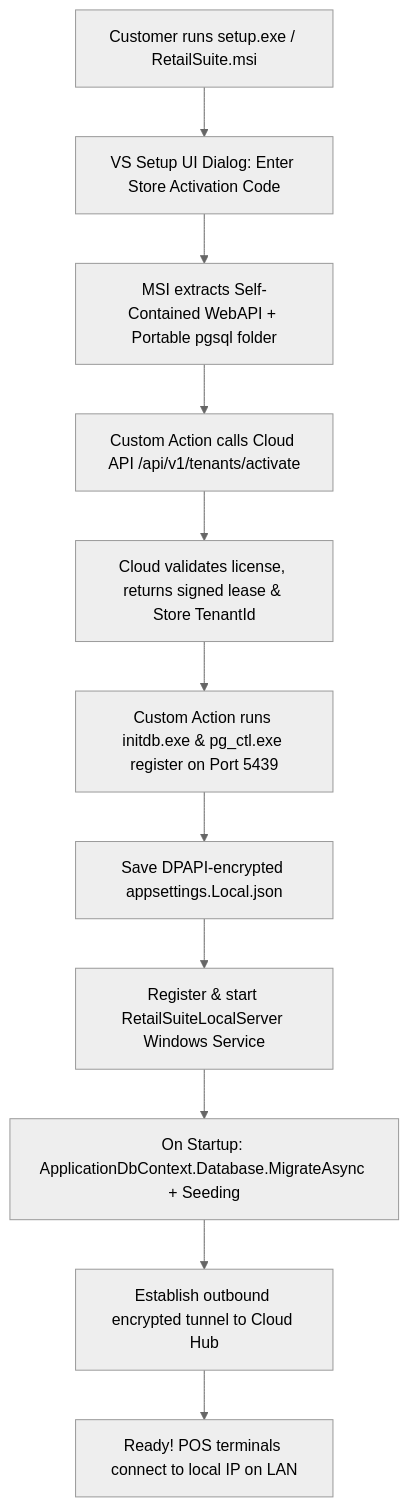
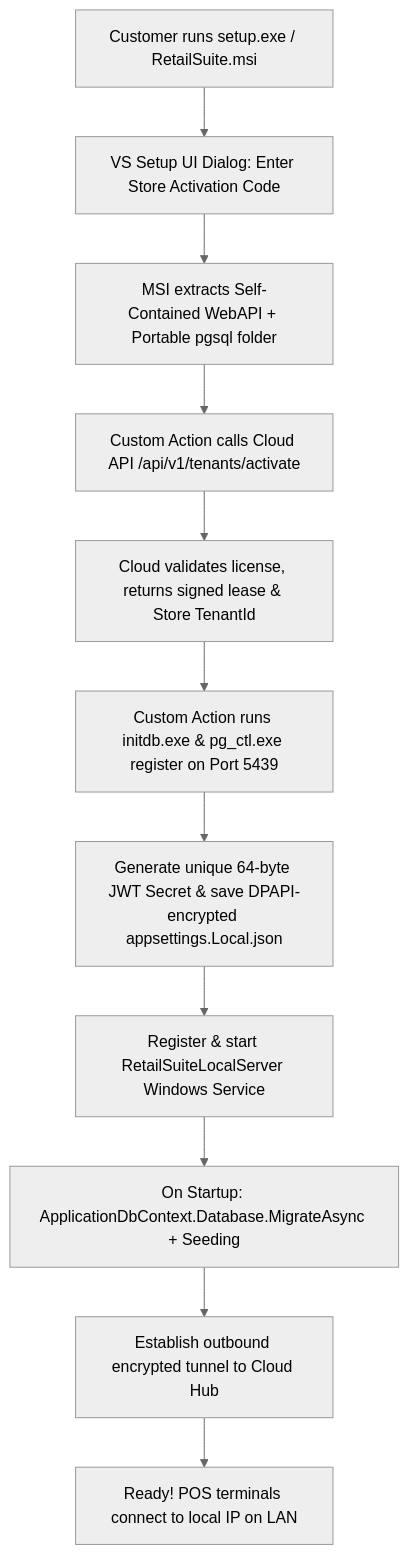
The third of 3 diagrams in docs/on_premises_hybrid_architecture_plan.md (Mutahhar758/retailsuite-api), drawn with Mermaid (neutral theme) before and after one commit. The commit also changed other lines of this file and 42 other files, not shown here.

Commit message:
feat: implement on-premises and hybrid architecture support with setup and tunneling

````diff
--- a/docs/on_premises_hybrid_architecture_plan.md
+++ b/docs/on_premises_hybrid_architecture_plan.md
@@ -186,13 +188,13 @@
 ```mermaid
 graph TD
     A[Customer runs setup.exe / RetailSuite.msi] --> B[VS Setup UI Dialog: Enter Store Activation Code]
     B --> C[MSI extracts Self-Contained WebAPI + Portable pgsql folder]
     C --> D[Custom Action calls Cloud API /api/v1/tenants/activate]
     D --> E[Cloud validates license, returns signed lease & Store TenantId]
     E --> F[Custom Action runs initdb.exe & pg_ctl.exe register on Port 5439]
-    F --> G[Save DPAPI-encrypted appsettings.Local.json]
+    F --> G[Generate unique 64-byte JWT Secret & save DPAPI-encrypted appsettings.Local.json]
     G --> H[Register & start RetailSuiteLocalServer Windows Service]
     H --> I[On Startup: ApplicationDbContext.Database.MigrateAsync + Seeding]
     I --> J[Establish outbound encrypted tunnel to Cloud Hub]
     J --> K[Ready! POS terminals connect to local IP on LAN]
 ```
````
